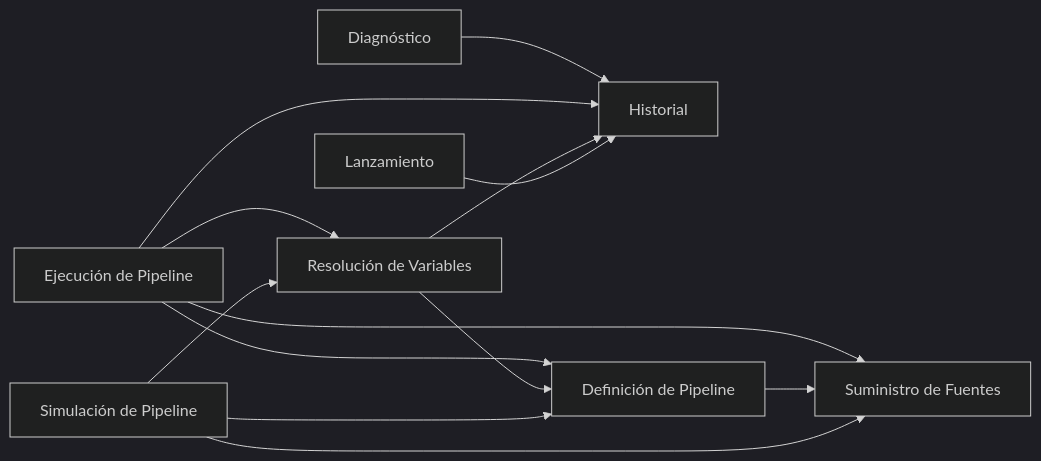
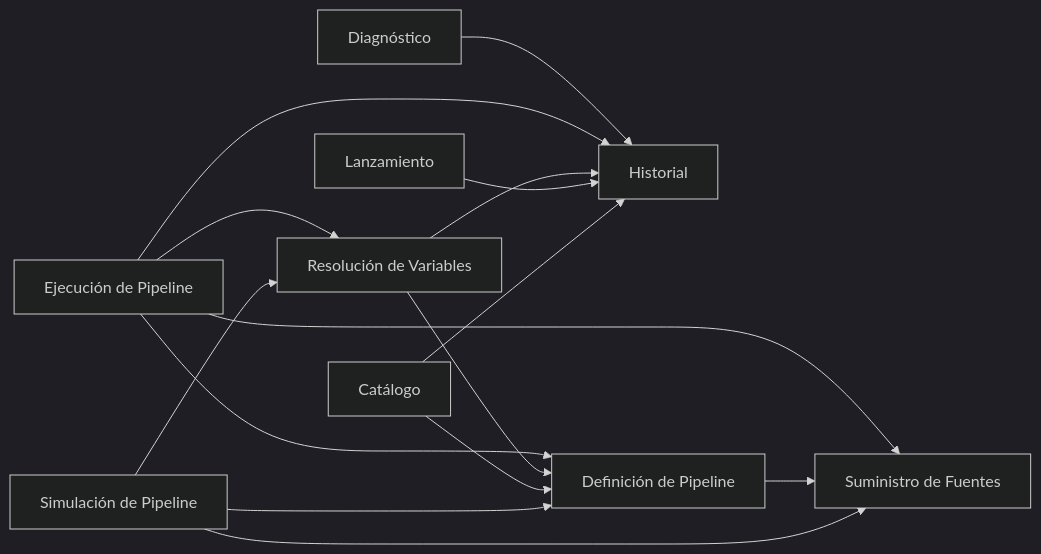
One commit to jairoprogramador/vex-engine changed the diagram in docs/modelo/bounded-contexts.md. Above: the diagram before and after it, drawn with Mermaid (dark theme). The commit also changed other lines of this file and 86 other files, not shown here.

````diff
--- a/docs/modelo/bounded-contexts.md
+++ b/docs/modelo/bounded-contexts.md
@@ -61,15 +62,17 @@
 ```mermaid
 flowchart LR
   DIAG[Diagnóstico] --> HIST[Historial]
   EJE[Ejecución de Pipeline] --> DEF[Definición de Pipeline]
   EJE --> RES[Resolución de Variables]
   EJE --> SUM[Suministro de Fuentes]
   EJE --> HIST
   RES --> DEF
   RES --> HIST
   LAN[Lanzamiento] --> HIST
+  CAT[Catálogo] --> HIST
+  CAT --> DEF
   DEF --> SUM
   SIM[Simulación de Pipeline] --> DEF
   SIM --> RES
   SIM --> SUM
 ```
````
